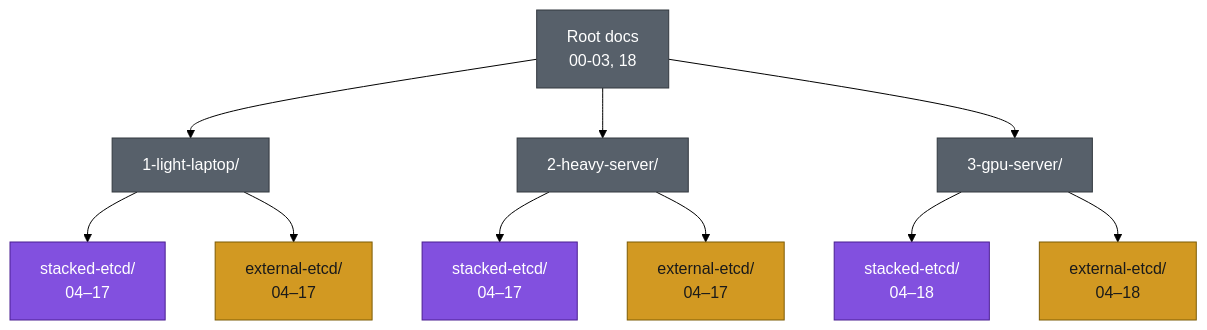
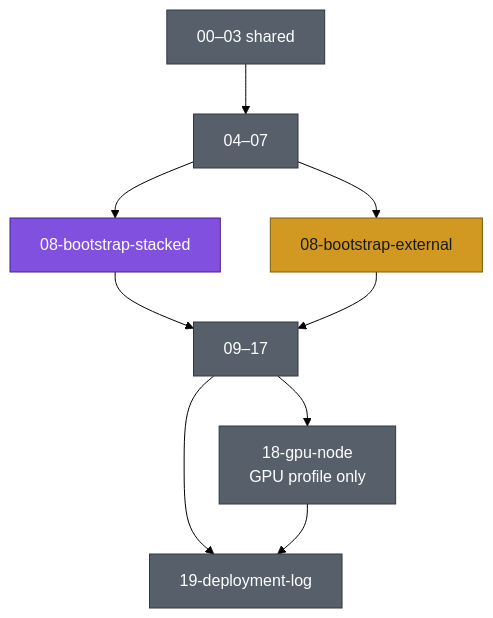
The diagram in README.md (bahman-farhadian/kubernetes-lab), drawn with Mermaid (forest theme) before and after one commit. The commit also changed other lines of this file and 41 other files, not shown here.

````diff
--- a/README.md
+++ b/README.md
@@ -37,18 +24,16 @@
 ```mermaid
 flowchart TD
-    Root["Root docs\n00-03, 18"]:::common
-    Root --> Light["1-light-laptop/"]:::common
-    Root --> Heavy["2-heavy-server/"]:::common
-    Root --> GPU["3-gpu-server/"]:::common
-
-    Light --> LI["stacked-etcd/\n04–17"]:::scenarioA
-    Light --> LE["external-etcd/\n04–17"]:::scenarioB
-    Heavy --> HI["stacked-etcd/\n04–17"]:::scenarioA
-    Heavy --> HE["external-etcd/\n04–17"]:::scenarioB
-    GPU --> GI["stacked-etcd/\n04–18"]:::scenarioA
-    GPU --> GE["external-etcd/\n04–18"]:::scenarioB
+    Root["00–03 shared"]:::common
+    Root --> P04["04–07"]:::common
+    P04 --> S08["08-bootstrap-stacked"]:::scenarioA
+    P04 --> E08["08-bootstrap-external"]:::scenarioB
+    S08 --> Rest["09–17"]:::common
+    E08 --> Rest
+    Rest --> GPU["18-gpu-node\nGPU profile only"]:::common
+    Rest --> Log["19-deployment-log"]:::common
+    GPU --> Log
 
     classDef common fill:#57606a,stroke:#32383f,color:#ffffff
     classDef scenarioA fill:#8250df,stroke:#4b1f91,color:#ffffff
     classDef scenarioB fill:#d29922,stroke:#7d5c05,color:#1a1a1a
 ```
````
